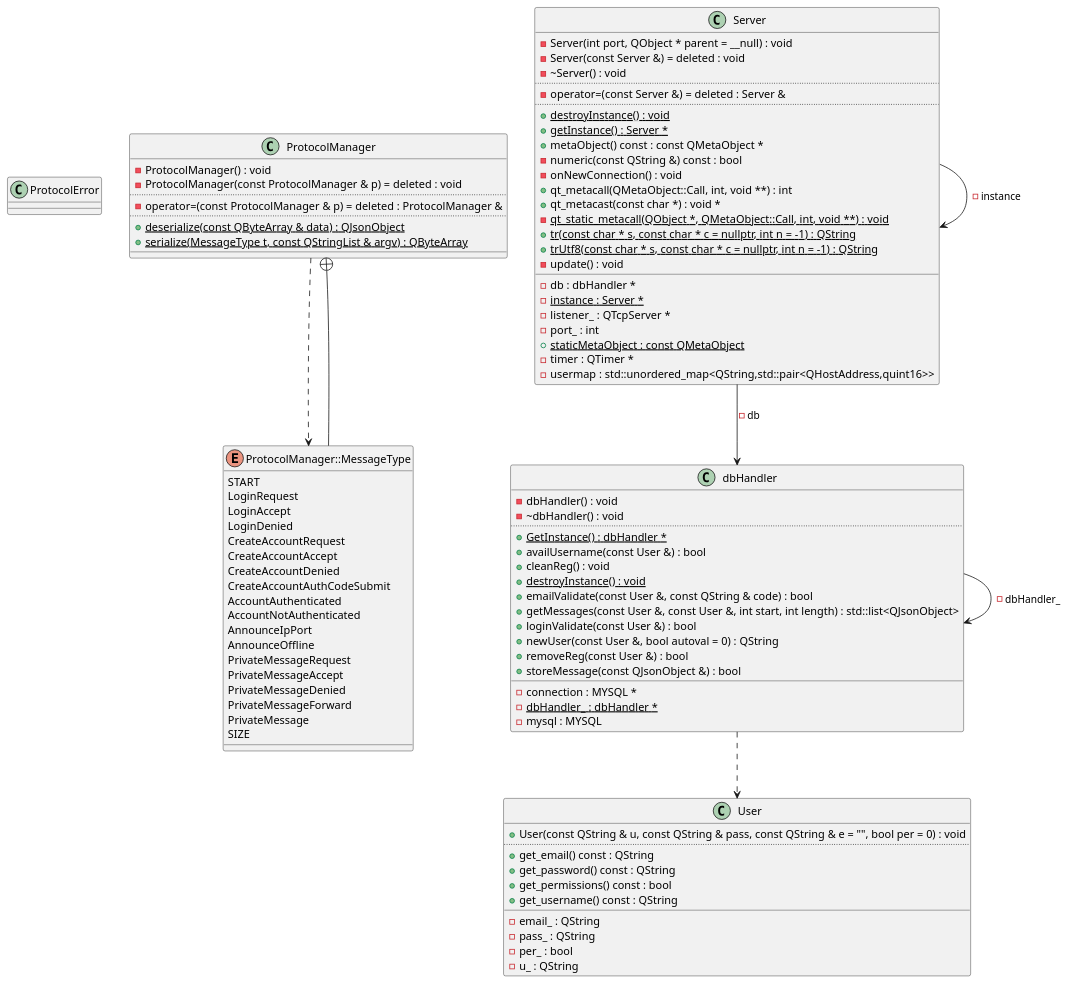
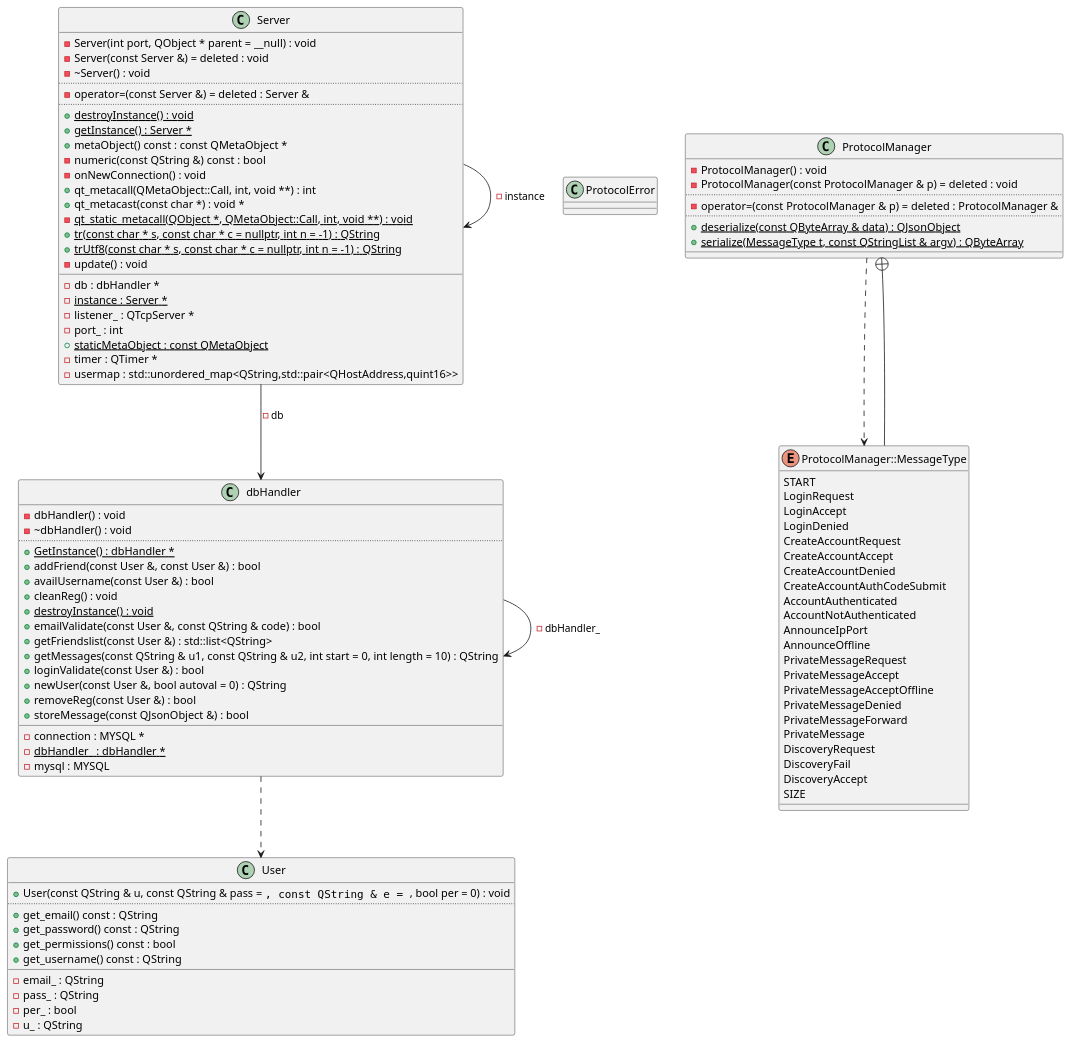
Before and after one commit to Eric-dot-png/Project-OOM: the diagram in diagrams/server_class_diagram.puml, drawn with PlantUML. The commit also changed 23 other files, not shown here.

Commit message:
Diagram updates

```diff
--- a/diagrams/server_class_diagram.puml
+++ b/diagrams/server_class_diagram.puml
@@ -1,109 +1,115 @@
 @startuml
+class "User" as C_0013909460443608576024
+class C_0013909460443608576024 {
++User(const QString & u, const QString & pass = "", const QString & e = "", bool per = 0) : void
+..
++get_email() const : QString
++get_password() const : QString
++get_permissions() const : bool
++get_username() const : QString
+__
+-email_ : QString
+-pass_ : QString
+-per_ : bool
+-u_ : QString
+}
+class "dbHandler" as C_0007180728308577750051
+class C_0007180728308577750051 {
+-dbHandler() : void
+-~dbHandler() : void
+..
+{static} +GetInstance() : dbHandler *
++addFriend(const User &, const User &) : bool
++availUsername(const User &) : bool
++cleanReg() : void
+{static} +destroyInstance() : void
++emailValidate(const User &, const QString & code) : bool
++getFriendslist(const User &) : std::list<QString>
++getMessages(const QString & u1, const QString & u2, int start = 0, int length = 10) : QString
++loginValidate(const User &) : bool
++newUser(const User &, bool autoval = 0) : QString
++removeReg(const User &) : bool
++storeMessage(const QJsonObject &) : bool
+__
+-connection : MYSQL *
+{static} -dbHandler_ : dbHandler *
+-mysql : MYSQL
+}
 class "ProtocolError" as C_0012766499065510760009
 class C_0012766499065510760009 {
 __
 }
 class "ProtocolManager" as C_0016429213831703395188
 class C_0016429213831703395188 {
 -ProtocolManager() : void
 -ProtocolManager(const ProtocolManager & p) = deleted : void
 ..
 -operator=(const ProtocolManager & p) = deleted : ProtocolManager &
 ..
 {static} +deserialize(const QByteArray & data) : QJsonObject
 {static} +serialize(MessageType t, const QStringList & argv) : QByteArray
 __
 }
 enum "ProtocolManager::MessageType" as C_0008849749518693832582
 enum C_0008849749518693832582 {
 START
 LoginRequest
 LoginAccept
 LoginDenied
 CreateAccountRequest
 CreateAccountAccept
 CreateAccountDenied
 CreateAccountAuthCodeSubmit
 AccountAuthenticated
 AccountNotAuthenticated
 AnnounceIpPort
 AnnounceOffline
 PrivateMessageRequest
 PrivateMessageAccept
+PrivateMessageAcceptOffline
 PrivateMessageDenied
 PrivateMessageForward
 PrivateMessage
+DiscoveryRequest
+DiscoveryFail
+DiscoveryAccept
 SIZE
-}
-class "User" as C_0013909460443608576024
-class C_0013909460443608576024 {
-+User(const QString & u, const QString & pass, const QString & e = "", bool per = 0) : void
-..
-+get_email() const : QString
-+get_password() const : QString
-+get_permissions() const : bool
-+get_username() const : QString
-__
--email_ : QString
--pass_ : QString
--per_ : bool
--u_ : QString
-}
-class "dbHandler" as C_0007180728308577750051
-class C_0007180728308577750051 {
--dbHandler() : void
--~dbHandler() : void
-..
-{static} +GetInstance() : dbHandler *
-+availUsername(const User &) : bool
-+cleanReg() : void
-{static} +destroyInstance() : void
-+emailValidate(const User &, const QString & code) : bool
-+getMessages(const User &, const User &, int start, int length) : std::list<QJsonObject>
-+loginValidate(const User &) : bool
-+newUser(const User &, bool autoval = 0) : QString
-+removeReg(const User &) : bool
-+storeMessage(const QJsonObject &) : bool
-__
--connection : MYSQL *
-{static} -dbHandler_ : dbHandler *
--mysql : MYSQL
 }
 class "Server" as C_0007168929316485241399
 class C_0007168929316485241399 {
 -Server(int port, QObject * parent = __null) : void
 -Server(const Server &) = deleted : void
 -~Server() : void
 ..
 -operator=(const Server &) = deleted : Server &
 ..
 {static} +destroyInstance() : void
 {static} +getInstance() : Server *
 +metaObject() const : const QMetaObject *
 -numeric(const QString &) const : bool
 -onNewConnection() : void
 +qt_metacall(QMetaObject::Call, int, void **) : int
 +qt_metacast(const char *) : void *
 {static} -qt_static_metacall(QObject *, QMetaObject::Call, int, void **) : void
 {static} +tr(const char * s, const char * c = nullptr, int n = -1) : QString
 {static} +trUtf8(const char * s, const char * c = nullptr, int n = -1) : QString
 -update() : void
 __
 -db : dbHandler *
 {static} -instance : Server *
 -listener_ : QTcpServer *
 -port_ : int
 {static} +staticMetaObject : const QMetaObject
 -timer : QTimer *
 -usermap : std::unordered_map<QString,std::pair<QHostAddress,quint16>>
 }
+C_0007180728308577750051 ..> C_0013909460443608576024
+C_0007180728308577750051 --> C_0007180728308577750051 : -dbHandler_
 C_0016429213831703395188 ..> C_0008849749518693832582
 C_0008849749518693832582 --+ C_0016429213831703395188
-C_0007180728308577750051 ..> C_0013909460443608576024
-C_0007180728308577750051 --> C_0007180728308577750051 : -dbHandler_
 C_0007168929316485241399 --> C_0007180728308577750051 : -db
 C_0007168929316485241399 --> C_0007168929316485241399 : -instance
 
 'Generated with clang-uml, version 0.6.0
 'LLVM version clang version 18.1.8 (Fedora 18.1.8-1.fc40)
 @enduml
```
